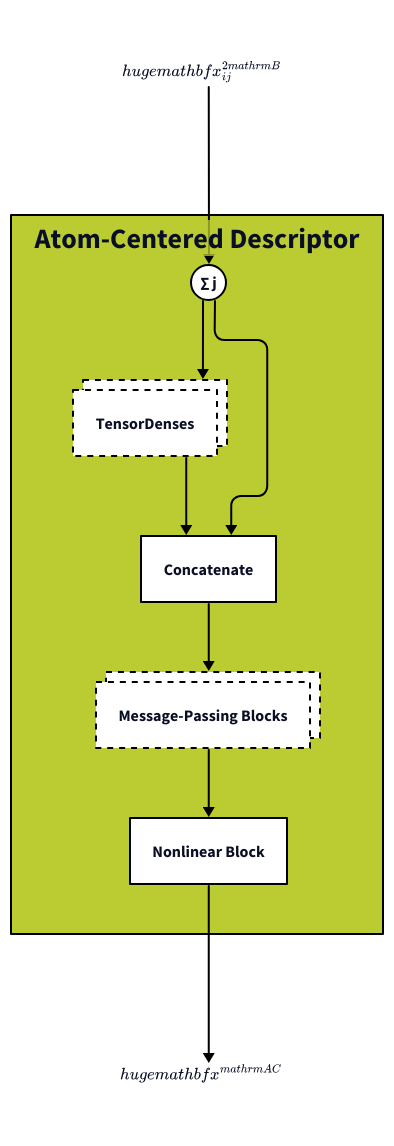
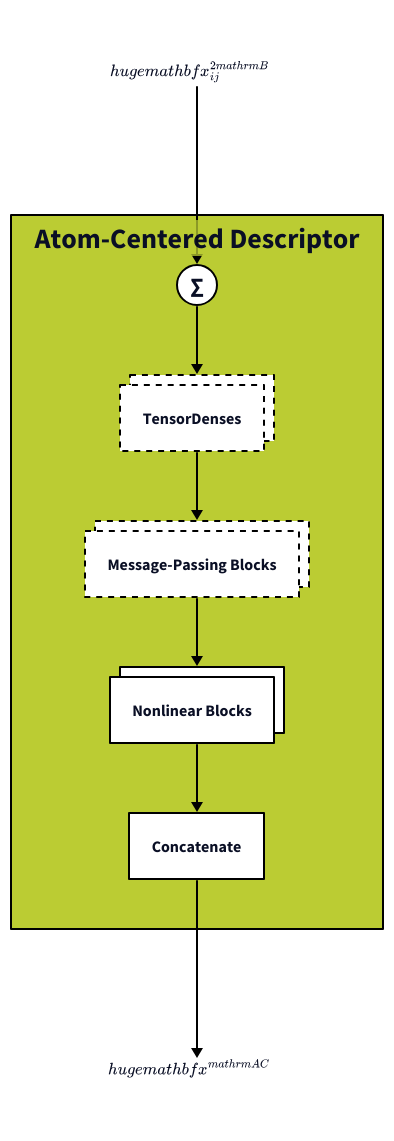
One commit to SamsungDS/gears_h changed the diagram in architecture_figures/2a_ac.d2. Above: the diagram before and after it, drawn with D2.

Commit message:
Update architecture figure for atom centered.

```diff
--- a/architecture_figures/2a_ac.d2
+++ b/architecture_figures/2a_ac.d2
@@ -1,122 +1,130 @@
 # direction: right
  
 vars: {
     d2-config: {
       layout-engine: elk
       pad: 10
+    #   elk-nodeNodeBetweenLayers: 10
     #   theme-id: 101
     }
 }
 
 f: {label: ""
     equation: |latex
         \huge{\mathbf{x}^{2\mathrm{B}}_{ij}}
     |
     class: empty
     label.near: outside-bottom-center
 }
 acf: {
     label: ""
     class: empty
     equation: |latex
         \huge{\mathbf{x}^{\mathrm{AC}}}
     |
 }
 
+# test: |latex \huge{\Sigma} |
+
 ac: Atom-Centered Descriptor {
     class: ac
     _.f.equation -> sum_j: {style: {stroke: "#000000"; font-color: black}}
-    sum_j: ∑ j {class: operator}
+    sum_j: ∑ {class: operator}
+    # sum_j: ∑ j {class: operator}
+    # sum_j: {label: ""; class: operator; equation: |latex \huge{\Sigma_j} |}
+    # sum_j  -> nl_block: {style: {stroke: "#000000"; font-color: black}}
     sum_j -> ntd: {style: {stroke: "#000000"; font-color: black}}
     ntd: TensorDenses {class: in_module; style: {stroke-dash: 3; multiple: true}}
     c: Concatenate  {class: in_module}
-    sum_j  -> c: {style: {stroke: "#000000"; font-color: black}}
-    ntd -> c: {style: {stroke: "#000000"; font-color: black}}
-
-    c -> mp_block: {style: {stroke: "#000000"; font-color: black}}
+    
+    ntd -> mp_block: {style: {stroke: "#000000"; font-color: black}}
 
     mp_block:  Message-Passing Blocks {
         class: in_module
         style: {stroke-dash: 3; multiple: true}
     }
     
-    nl_block: Nonlinear Block {
+    nl_block: Nonlinear Blocks {
         class: in_module
+        style: {multiple: true}
     }
+    
     mp_block -> nl_block: {style: {stroke: "#000000"; font-color: black}}
+    nl_block -> c: {style: {stroke: "#000000"; font-color: black}}
 }
 
-ac.nl_block -> acf.equation: {style: {stroke: "#000000"; font-color: black}}
+ac.c -> acf.equation: {style: {stroke: "#000000"; font-color: black}}
 
 classes: {
     operator: {shape: circle
-               width: 35
-               height: 35
+               width: 40
+               height: 40
                style: {fill: "#FFFFFF"
                        stroke: "#000000"
+                       font-size: 24
                       }
     }
     empty: {
             # label: ""
             width: 50
             height: 50
             style: {
                 fill: transparent
                 stroke: transparent
                 font-size: 24
             }
     }
     sarb: {
         style: {
             fill: "#44BB99"
             stroke: "#000000"
         }
     }
     in_module: {
         style: {
             fill: "#FFFFFF"
             stroke: "#000000"
         }
     }
     ac: {
         style: {
             fill: "#BBCC33"
             stroke: "#000000"
             bold: true
         }
     }
     bc: {
         style: {
             fill: "#EEDD88"
             stroke: "#000000"
         }
     }
     rd: {
         style: {
             fill: "#EE8866"
             stroke: "#000000"
         }
     }
     ro: {
         style: {
             fill: "#FFAABB"
             stroke: "#000000"
         }
     }
     outs: {
         style: {
             fill: "#DDDDDD"
             stroke: "#000000"
             multiple: true
         }
     }
     input : {
         width: 50
         height: 50
         style: {
             fill: "#99DDFF"
             stroke: "#000000"
             multiple: true
         }
     }
 }
```
